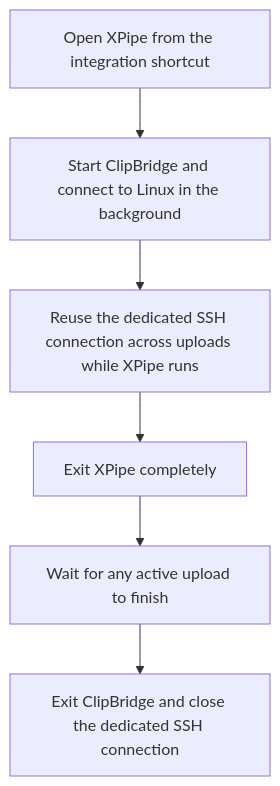
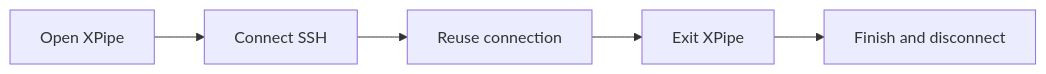
Before and after one commit to NewbieToEverything/clip-win-linux: the second of 2 diagrams in README.md, drawn with Mermaid. The commit also changed other lines of this file and 1 other file, not shown here.

Commit message:
Simplify README flowchart labels

````diff
--- a/README.md
+++ b/README.md
@@ -23,8 +23,7 @@
 ```mermaid
-flowchart TD
-    A["Open XPipe from the integration shortcut"] --> B["Start ClipBridge and connect to Linux in the background"]
-    B --> C["Reuse the dedicated SSH connection across uploads while XPipe runs"]
-    C --> D["Exit XPipe completely"]
-    D --> E["Wait for any active upload to finish"]
-    E --> F["Exit ClipBridge and close the dedicated SSH connection"]
+flowchart LR
+    A["Open XPipe"] --> B["Connect SSH"]
+    B --> C["Reuse connection"]
+    C --> D["Exit XPipe"]
+    D --> E["Finish and disconnect"]
 ```
````
